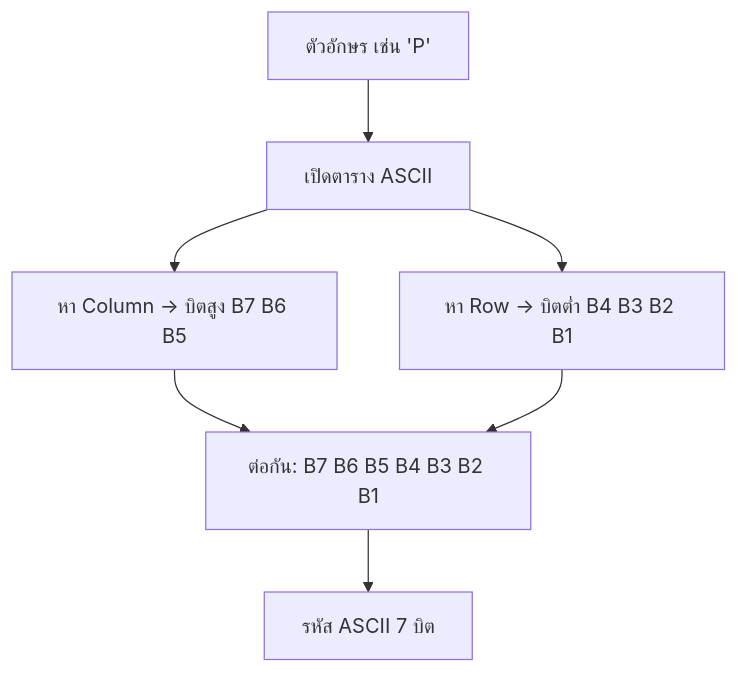
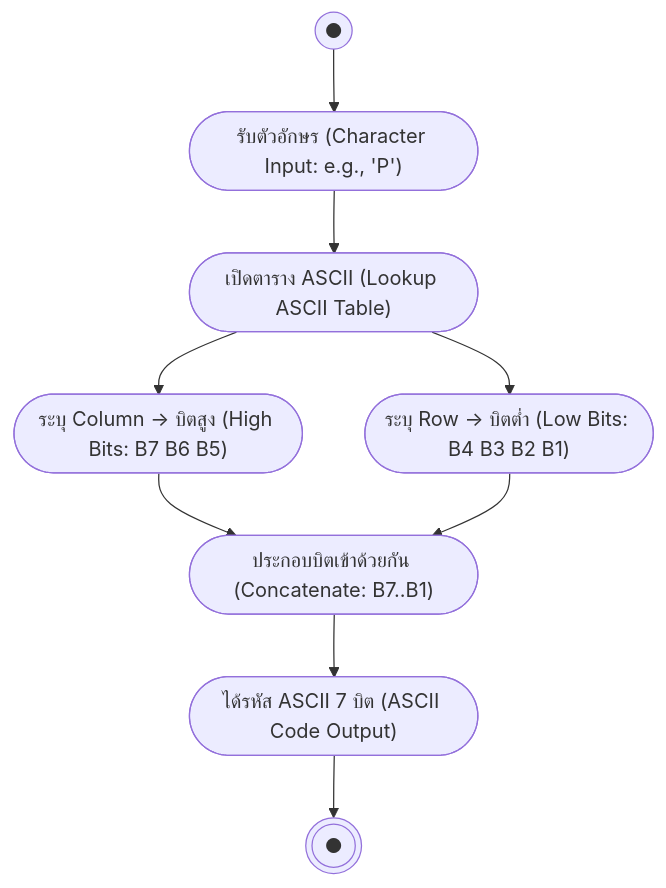
Before and after one commit to PhuriphatTyPeZ3r0/Course-1322201-Digital-Logic-Design-2026: the diagram in 01_Lectures/Week1/ASCII-Code.md, drawn with Mermaid. The commit also changed other lines of this file and 18 other files, not shown here.

Commit message:
refactor: standardize diagrams to UML specifications across notes and templates

````diff
--- a/01_Lectures/Week1/ASCII-Code.md
+++ b/01_Lectures/Week1/ASCII-Code.md
@@ -44,9 +46,11 @@
 ```mermaid
 flowchart TD
-    Char["ตัวอักษร เช่น 'P'"] --> Lookup["เปิดตาราง ASCII"]
-    Lookup --> Col["หา Column → บิตสูง B7 B6 B5"]
-    Lookup --> Row["หา Row → บิตต่ำ B4 B3 B2 B1"]
-    Col --> Combine["ต่อกัน: B7 B6 B5 B4 B3 B2 B1"]
+    Start((●)) --> Char(["รับตัวอักษร (Character Input: e.g., 'P')"])
+    Char --> Lookup(["เปิดตาราง ASCII (Lookup ASCII Table)"])
+    Lookup --> Col(["ระบุ Column → บิตสูง (High Bits: B7 B6 B5)"])
+    Lookup --> Row(["ระบุ Row → บิตต่ำ (Low Bits: B4 B3 B2 B1)"])
+    Col --> Combine(["ประกอบบิตเข้าด้วยกัน (Concatenate: B7..B1)"])
     Row --> Combine
-    Combine --> Code["รหัส ASCII 7 บิต"]
+    Combine --> Code(["ได้รหัส ASCII 7 บิต (ASCII Code Output)"])
+    Code --> Stop(((●)))
 ```
````
